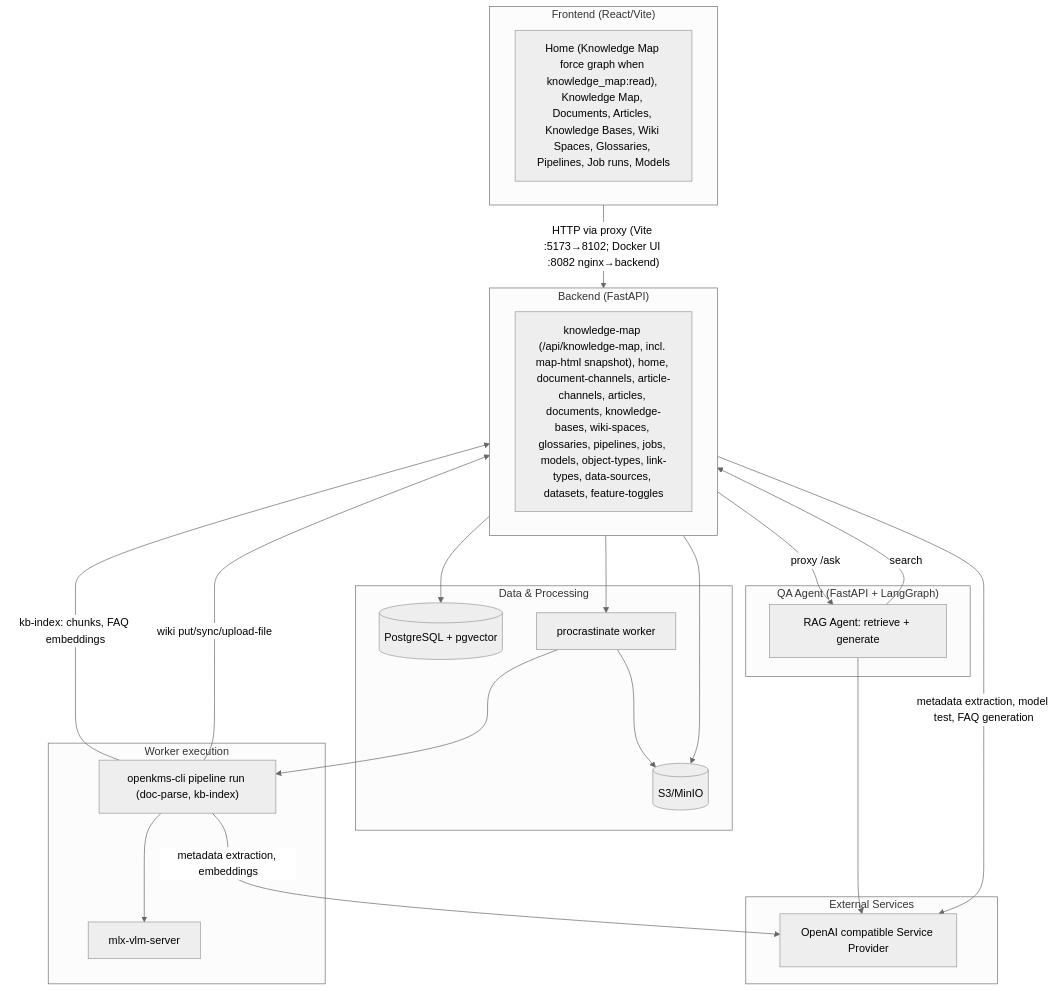
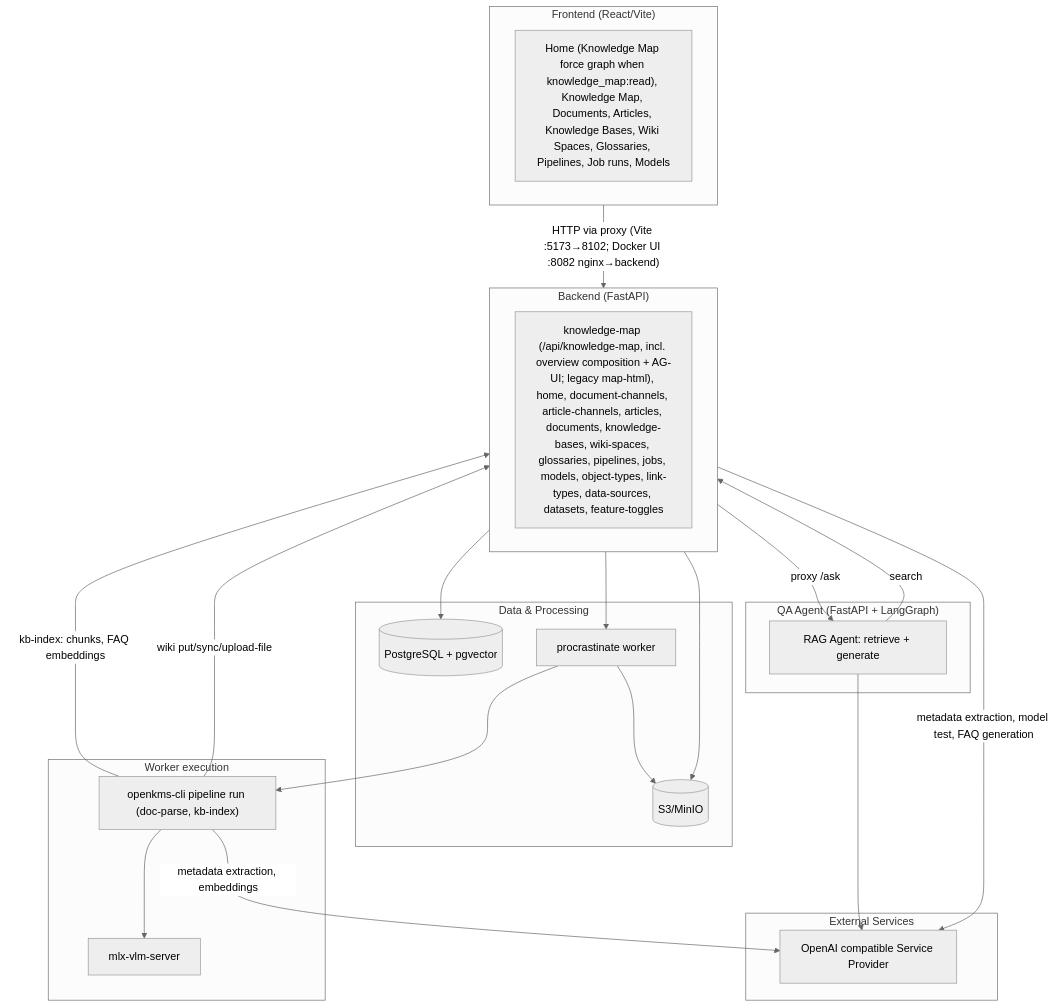
One commit to yingrui/openKMS changed the first of 5 diagrams in docs/architecture.md. Above: the diagram before and after it, drawn with Mermaid (neutral theme). The commit also changed other lines of this file and 42 other files, not shown here.

````diff
--- a/docs/architecture.md
+++ b/docs/architecture.md
@@ -7,44 +7,44 @@
 ```mermaid
 flowchart TB
   subgraph Frontend["Frontend (React/Vite)"]
     FE["Home (Knowledge Map force graph when knowledge_map:read), Knowledge Map, Documents, Articles, Knowledge Bases, Wiki Spaces, Glossaries, Pipelines, Job runs, Models"]
   end
 
   subgraph Backend["Backend (FastAPI)"]
-    API["knowledge-map (/api/knowledge-map, incl. map-html snapshot), home, document-channels, article-channels, articles, documents, knowledge-bases, wiki-spaces, glossaries, pipelines, jobs, models, object-types, link-types, data-sources, datasets, feature-toggles"]
+    API["knowledge-map (/api/knowledge-map, incl. overview composition + AG-UI; legacy map-html), home, document-channels, article-channels, articles, documents, knowledge-bases, wiki-spaces, glossaries, pipelines, jobs, models, object-types, link-types, data-sources, datasets, feature-toggles"]
   end
 
   subgraph Storage["Data & Processing"]
     PG[("PostgreSQL + pgvector")]
     S3[(S3/MinIO)]
     Worker["procrastinate worker"]
   end
 
   subgraph WorkerDetail["Worker execution"]
     CLI["openkms-cli pipeline run (doc-parse, kb-index)"]
     VLM["mlx-vlm-server"]
   end
 
   subgraph QAAgent["QA Agent (FastAPI + LangGraph)"]
     Agent["RAG Agent: retrieve + generate"]
   end
 
   subgraph External["External Services"]
     LLM["OpenAI compatible Service Provider"]
   end
 
   Frontend -->|"HTTP via proxy (Vite :5173→8102; Docker UI :8082 nginx→backend)"| Backend
   Backend --> PG
   Backend --> S3
   Backend --> Worker
   Backend -->|metadata extraction, model test, FAQ generation| LLM
   Backend -->|proxy /ask| Agent
   Agent -->|search| Backend
   Agent --> LLM
   Worker --> S3
   Worker --> CLI
   CLI --> VLM
   CLI -->|metadata extraction, embeddings| LLM
   CLI -->|kb-index: chunks, FAQ embeddings| Backend
   CLI -->|wiki put/sync/upload-file| Backend
 ```
````
